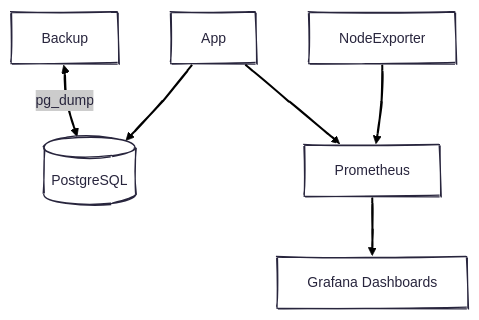
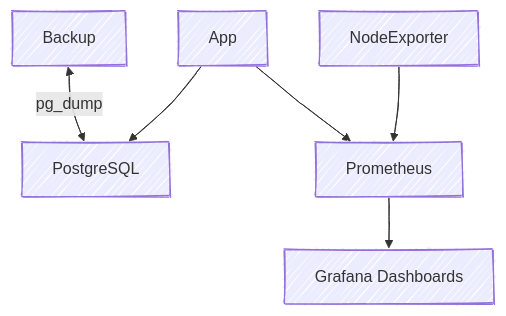
Before and after one commit to NailAmber/Compose_lab: the diagram in README.md, drawn with Mermaid. The commit also changed other lines of this file, not shown here.

````diff
--- a/README.md
+++ b/README.md
@@ -19,14 +16,13 @@
 ```mermaid
 ---
 config:
   layout: dagre
   look: handDrawn
-  theme: redux
+  theme: default
 ---
 flowchart TD
-    Backup <-- pg_dump --> DB[("PostgreSQL")]
+    Backup <-- pg_dump --> DB["PostgreSQL"]
     App --> DB & Prometheus["Prometheus"]
     NodeExporter --> Prometheus
     Prometheus --> Grafana["Grafana Dashboards"]
-
 ```
````
